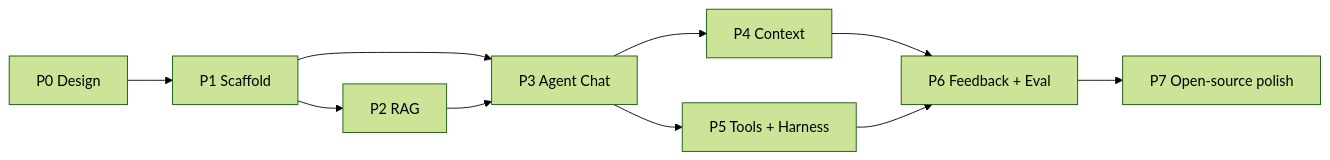
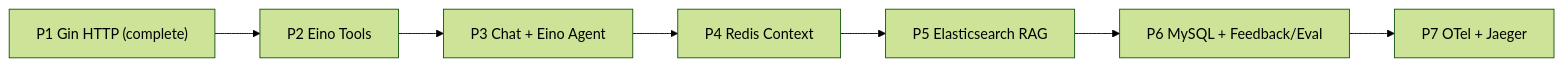
One commit to jiawei-wang-dev/WatchOps-Lite changed the diagram in docs/ROADMAP.md. Above: the diagram before and after it, drawn with Mermaid (forest theme). The commit also changed other lines of this file and 5 other files, not shown here.

First line of the commit message:
docs: define framework strategy and implementation roadmap

````diff
--- a/docs/ROADMAP.md
+++ b/docs/ROADMAP.md
@@ -143,12 +153,9 @@
 ```mermaid
 flowchart LR
-    P0["P0 Design"] --> P1["P1 Scaffold"]
-    P1 --> P2["P2 RAG"]
-    P1 --> P3["P3 Agent Chat"]
-    P2 --> P3
-    P3 --> P4["P4 Context"]
-    P3 --> P5["P5 Tools + Harness"]
-    P4 --> P6["P6 Feedback + Eval"]
-    P5 --> P6
-    P6 --> P7["P7 Open-source polish"]
+    P1["P1 Gin HTTP (complete)"] --> P2["P2 Eino Tools"]
+    P2 --> P3["P3 Chat + Eino Agent"]
+    P3 --> P4["P4 Redis Context"]
+    P4 --> P5["P5 Elasticsearch RAG"]
+    P5 --> P6["P6 MySQL + Feedback/Eval"]
+    P6 --> P7["P7 OTel + Jaeger"]
 ```
````
